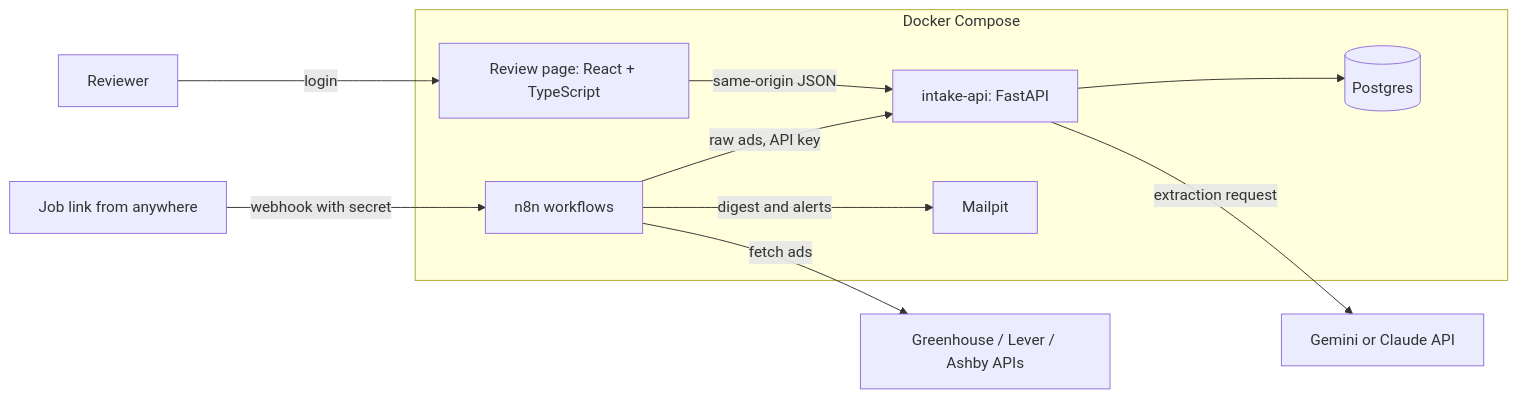
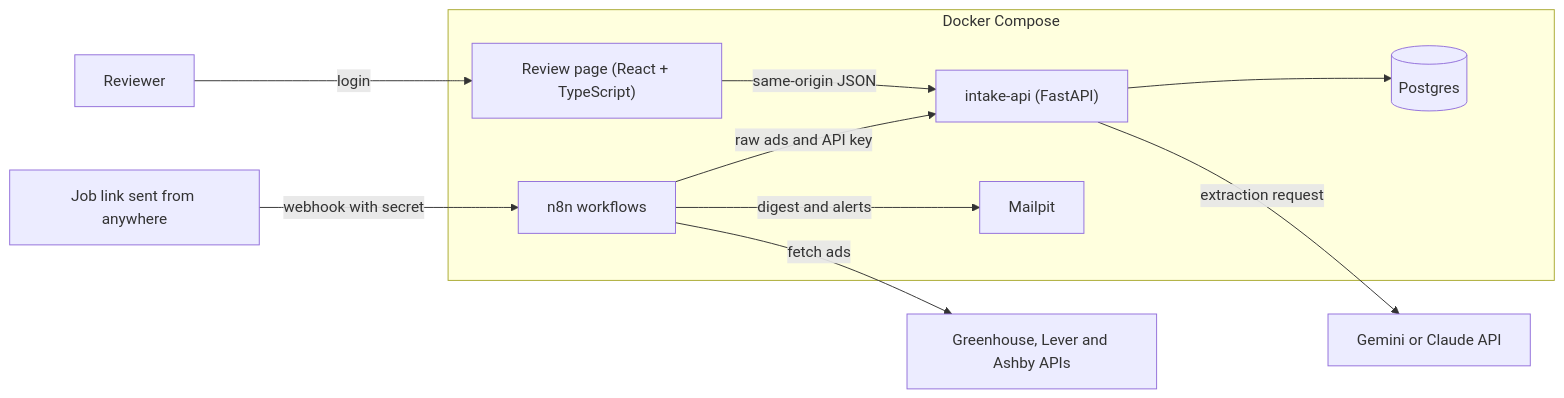
Before and after one commit to Jie1466803079/job-ad-pipeline: the first of 2 diagrams in README.md, drawn with Mermaid. The commit also changed other lines of this file, not shown here.

Commit message:
Fix the README diagram, add the pipeline workflow, drop the evaluation and not-included sections

````diff
--- a/README.md
+++ b/README.md
@@ -26,23 +26,23 @@
 ```mermaid
 flowchart LR
-    boards[Greenhouse / Lever / Ashby APIs]
-    link[Job link from anywhere]
-    subgraph compose[Docker Compose]
-        n8n[n8n workflows]
-        api[intake-api: FastAPI]
-        web[Review page: React + TypeScript]
-        db[(Postgres)]
-        mail[Mailpit]
+    boards["Greenhouse, Lever and Ashby APIs"]
+    joblink["Job link sent from anywhere"]
+    subgraph stack["Docker Compose"]
+        n8n["n8n workflows"]
+        api["intake-api (FastAPI)"]
+        web["Review page (React + TypeScript)"]
+        db[("Postgres")]
+        mail["Mailpit"]
     end
-    llm[Gemini or Claude API]
-    reviewer[Reviewer]
+    llm["Gemini or Claude API"]
+    reviewer["Reviewer"]
 
-    n8n -- fetch ads --> boards
-    link -- webhook with secret --> n8n
-    n8n -- raw ads, API key --> api
-    api -- extraction request --> llm
+    n8n -->|"fetch ads"| boards
+    joblink -->|"webhook with secret"| n8n
+    n8n -->|"raw ads and API key"| api
+    api -->|"extraction request"| llm
     api --> db
-    n8n -- digest and alerts --> mail
-    reviewer -- login --> web
-    web -- same-origin JSON --> api
+    n8n -->|"digest and alerts"| mail
+    reviewer -->|"login"| web
+    web -->|"same-origin JSON"| api
 ```
````
